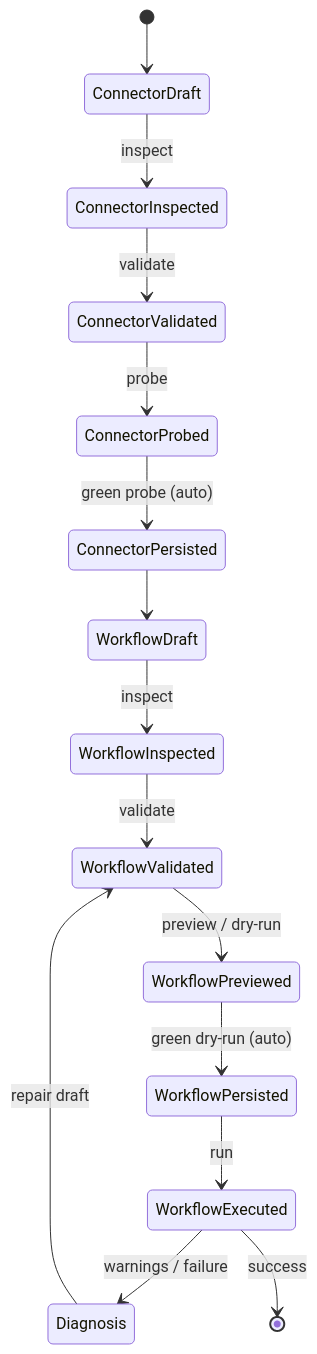
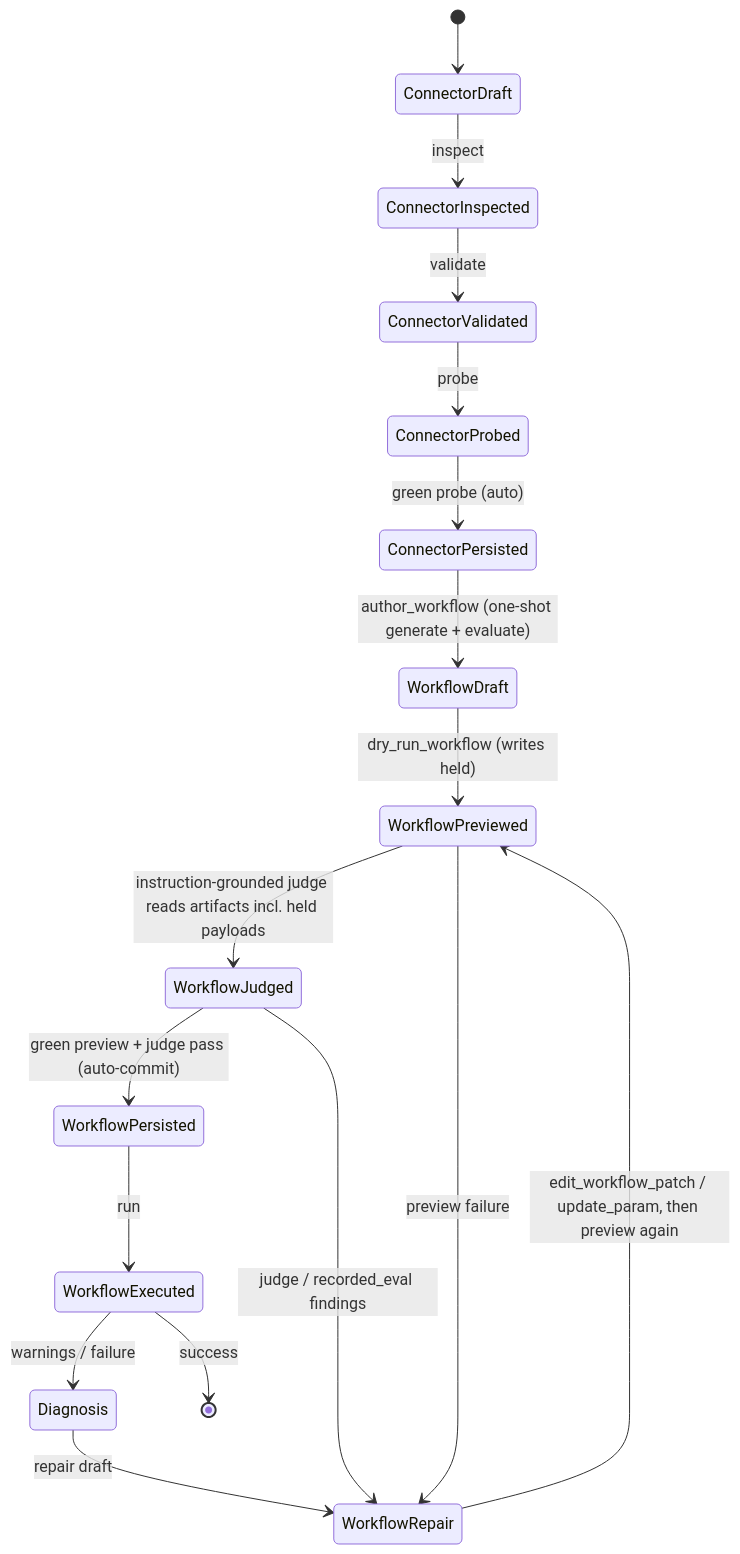
One commit to MikeBild/subkit changed the first of 2 diagrams in docs/04-authoring.md. Above: the diagram before and after it, drawn with Mermaid. The commit also changed other lines of this file and 51 other files, not shown here.

First line of the commit message:
fix(authoring): close gap-review findings — single entry point, sk surfaces, preview-safety

````diff
--- a/docs/04-authoring.md
+++ b/docs/04-authoring.md
@@ -33,17 +33,19 @@
 ```mermaid
 stateDiagram-v2
     [*] --> ConnectorDraft
     ConnectorDraft --> ConnectorInspected: inspect
     ConnectorInspected --> ConnectorValidated: validate
     ConnectorValidated --> ConnectorProbed: probe
     ConnectorProbed --> ConnectorPersisted: green probe (auto)
-    ConnectorPersisted --> WorkflowDraft
-    WorkflowDraft --> WorkflowInspected: inspect
-    WorkflowInspected --> WorkflowValidated: validate
-    WorkflowValidated --> WorkflowPreviewed: preview / dry-run
-    WorkflowPreviewed --> WorkflowPersisted: green dry-run (auto)
+    ConnectorPersisted --> WorkflowDraft: author_workflow (one-shot generate + evaluate)
+    WorkflowDraft --> WorkflowPreviewed: dry_run_workflow (writes held)
+    WorkflowPreviewed --> WorkflowJudged: instruction-grounded judge reads artifacts incl. held payloads
+    WorkflowJudged --> WorkflowPersisted: green preview + judge pass (auto-commit)
+    WorkflowJudged --> WorkflowRepair: judge / recorded_eval findings
+    WorkflowPreviewed --> WorkflowRepair: preview failure
+    WorkflowRepair --> WorkflowPreviewed: edit_workflow_patch / update_param, then preview again
     WorkflowPersisted --> WorkflowExecuted: run
     WorkflowExecuted --> Diagnosis: warnings / failure
-    Diagnosis --> WorkflowValidated: repair draft
+    Diagnosis --> WorkflowRepair: repair draft
     WorkflowExecuted --> [*]: success
 ```
````
